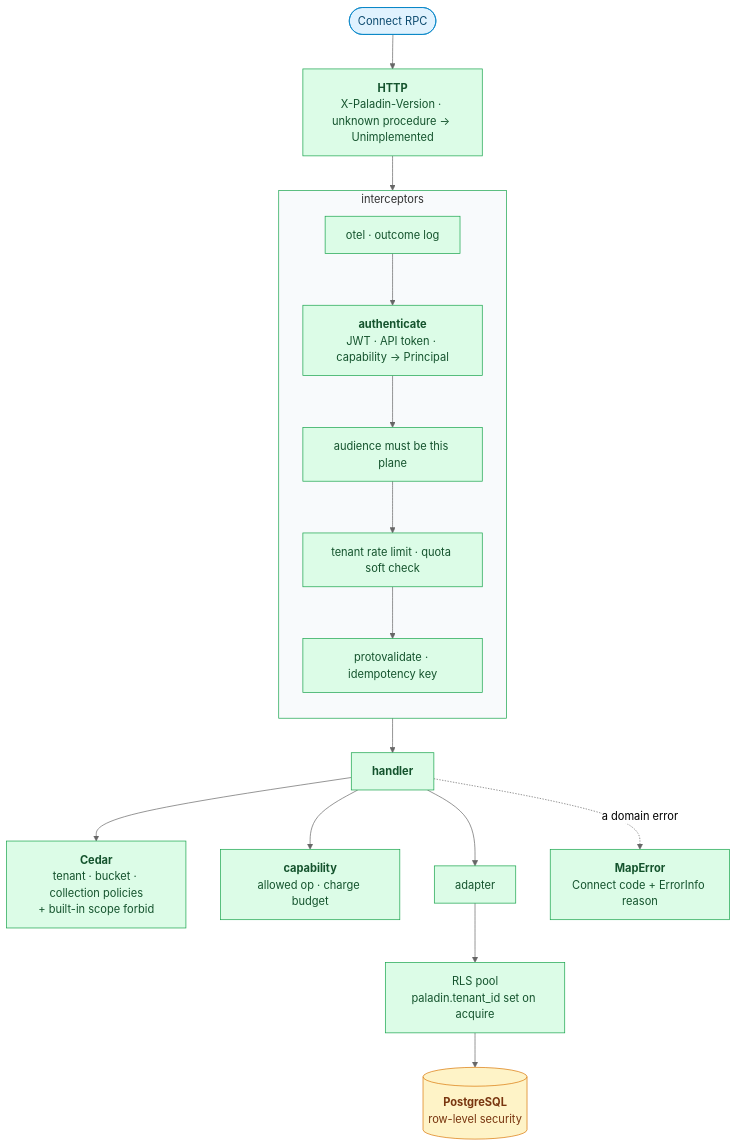
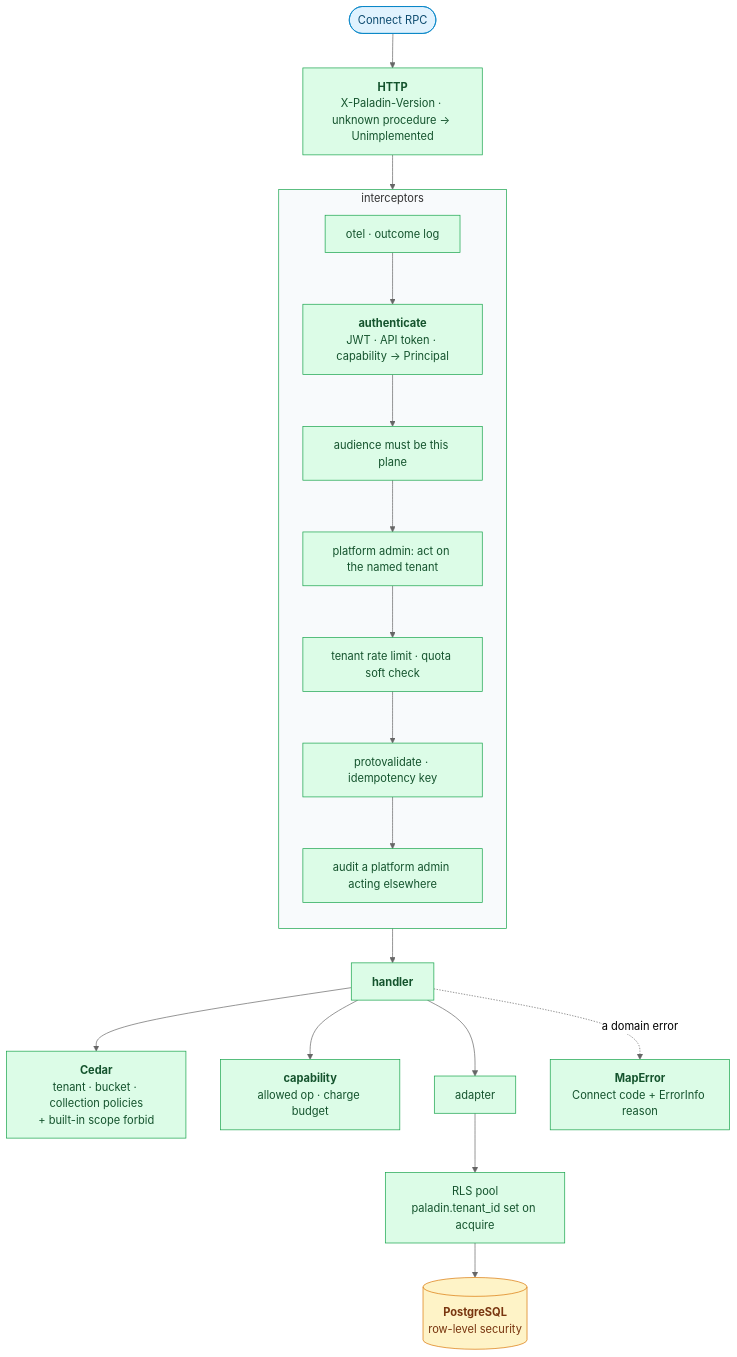
The third of 13 diagrams in backend/docs/diagrams.md (oleg-tkachuk/paladin), drawn with Mermaid (neutral theme) before and after one commit. The commit also changed other lines of this file and 3 other files, not shown here.

First line of the commit message:
docs(architecture): bring the overview and diagrams in line with the code

````diff
--- a/backend/docs/diagrams.md
+++ b/backend/docs/diagrams.md
@@ -96,38 +99,40 @@
 ```mermaid
 flowchart TB
     req(["Connect RPC"])
     ver["<b>HTTP</b><br/>X-Paladin-Version · unknown procedure → Unimplemented"]
     subgraph ic ["interceptors"]
         direction TB
         obs["otel · outcome log"]
         authn["<b>authenticate</b><br/>JWT · API token · capability → Principal"]
         aud["audience must be this plane"]
+        act["platform admin: act on the named tenant"]
         lim["tenant rate limit · quota soft check"]
         val["protovalidate · idempotency key"]
+        aae["audit a platform admin acting elsewhere"]
     end
     h["<b>handler</b>"]
     cedar["<b>Cedar</b><br/>tenant · bucket · collection policies<br/>+ built-in scope forbid"]
     cap["<b>capability</b><br/>allowed op · charge budget"]
     adp["adapter"]
     pool["RLS pool<br/>paladin.tenant_id set on acquire"]
     pg[("<b>PostgreSQL</b><br/>row-level security")]
 
     err["<b>MapError</b><br/>Connect code + ErrorInfo reason"]
 
-    req --> ver --> obs --> authn --> aud --> lim --> val --> h
+    req --> ver --> obs --> authn --> aud --> act --> lim --> val --> aae --> h
     h --> cedar
     h --> cap
     h --> adp --> pool --> pg
     h -. "a domain error" .-> err
 
     classDef client fill:#E0F2FE,stroke:#0284C7,color:#0C4A6E
     classDef ui fill:#EDE9FE,stroke:#7C3AED,color:#3B0764
     classDef role fill:#DCFCE7,stroke:#16A34A,color:#14532D
     classDef optional fill:#F1F5F9,stroke:#64748B,color:#334155,stroke-dasharray:5 4
     classDef store fill:#FEF3C7,stroke:#D97706,color:#78350F
     classDef external fill:#FCE7F3,stroke:#DB2777,color:#831843
     class req client
-    class ver,obs,authn,aud,lim,val,h,cedar,cap,adp,pool,err role
+    class ver,obs,authn,aud,act,lim,val,aae,h,cedar,cap,adp,pool,err role
     class pg store
     style ic fill:#F8FAFC,stroke:#16A34A
 ```
````
